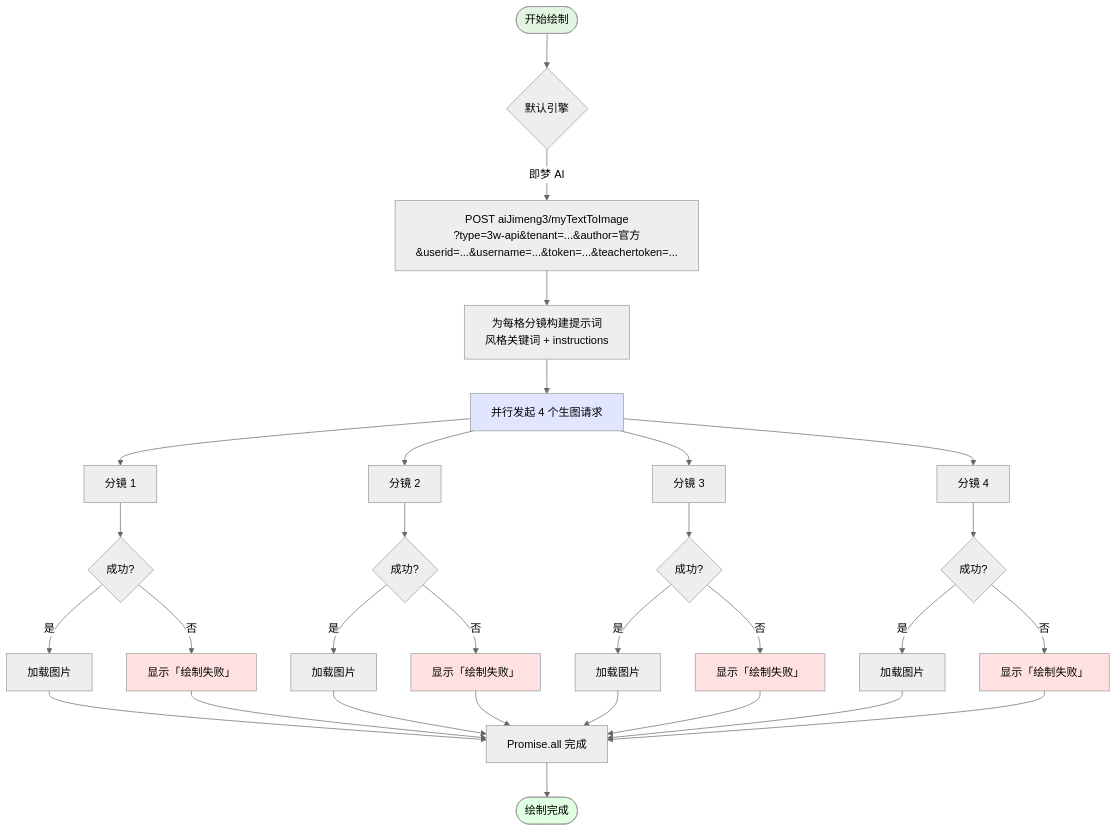
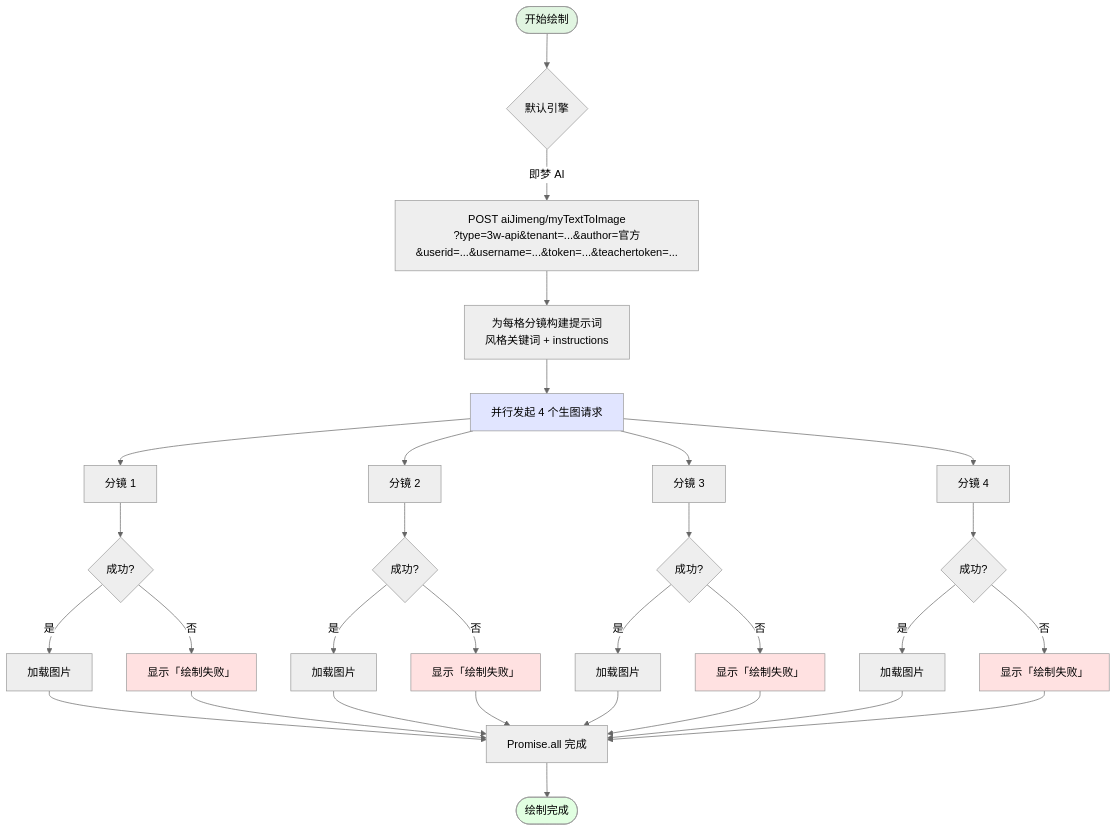
One commit to gersy0716-cloud/CompanyMAMALE changed the third of 4 diagrams in 项目/待完成项目/生成漫画/docs/工作流程图.md. Above: the diagram before and after it, drawn with Mermaid (neutral theme). The commit also changed 26 other files, not shown here.

````diff
--- a/项目/待完成项目/生成漫画/docs/工作流程图.md
+++ b/项目/待完成项目/生成漫画/docs/工作流程图.md
@@ -99,47 +99,47 @@
 ```mermaid
 flowchart TD
     Start([开始绘制]) --> GetEngine{默认引擎}
-    GetEngine --> |即梦 AI| JimengAPI["POST aiJimeng3/myTextToImage\n?type=3w-api&tenant=...&author=官方&userid=...&username=...&token=...&teachertoken=..."]
+    GetEngine --> |即梦 AI| JimengAPI["POST aiJimeng/myTextToImage\n?type=3w-api&tenant=...&author=官方&userid=...&username=...&token=...&teachertoken=..."]
 
     JimengAPI --> BuildPrompts
 
     BuildPrompts["为每格分镜构建提示词\n风格关键词 + instructions"] --> Parallel["并行发起 4 个生图请求"]
 
     Parallel --> Task1["分镜 1"]
     Parallel --> Task2["分镜 2"]
     Parallel --> Task3["分镜 3"]
     Parallel --> Task4["分镜 4"]
 
     Task1 --> Check1{成功?}
     Task2 --> Check2{成功?}
     Task3 --> Check3{成功?}
     Task4 --> Check4{成功?}
 
     Check1 --> |是| Load1[加载图片]
     Check1 --> |否| Fail1["显示「绘制失败」"]
     Check2 --> |是| Load2[加载图片]
     Check2 --> |否| Fail2["显示「绘制失败」"]
     Check3 --> |是| Load3[加载图片]
     Check3 --> |否| Fail3["显示「绘制失败」"]
     Check4 --> |是| Load4[加载图片]
     Check4 --> |否| Fail4["显示「绘制失败」"]
 
     Load1 --> AllDone["Promise.all 完成"]
     Load2 --> AllDone
     Load3 --> AllDone
     Load4 --> AllDone
     Fail1 --> AllDone
     Fail2 --> AllDone
     Fail3 --> AllDone
     Fail4 --> AllDone
 
     AllDone --> End([绘制完成])
 
     style Start fill:#e1f5e1
     style End fill:#e1ffe1
     style Parallel fill:#e1e5ff
     style Fail1 fill:#ffe1e1
     style Fail2 fill:#ffe1e1
     style Fail3 fill:#ffe1e1
     style Fail4 fill:#ffe1e1
 ```
````
